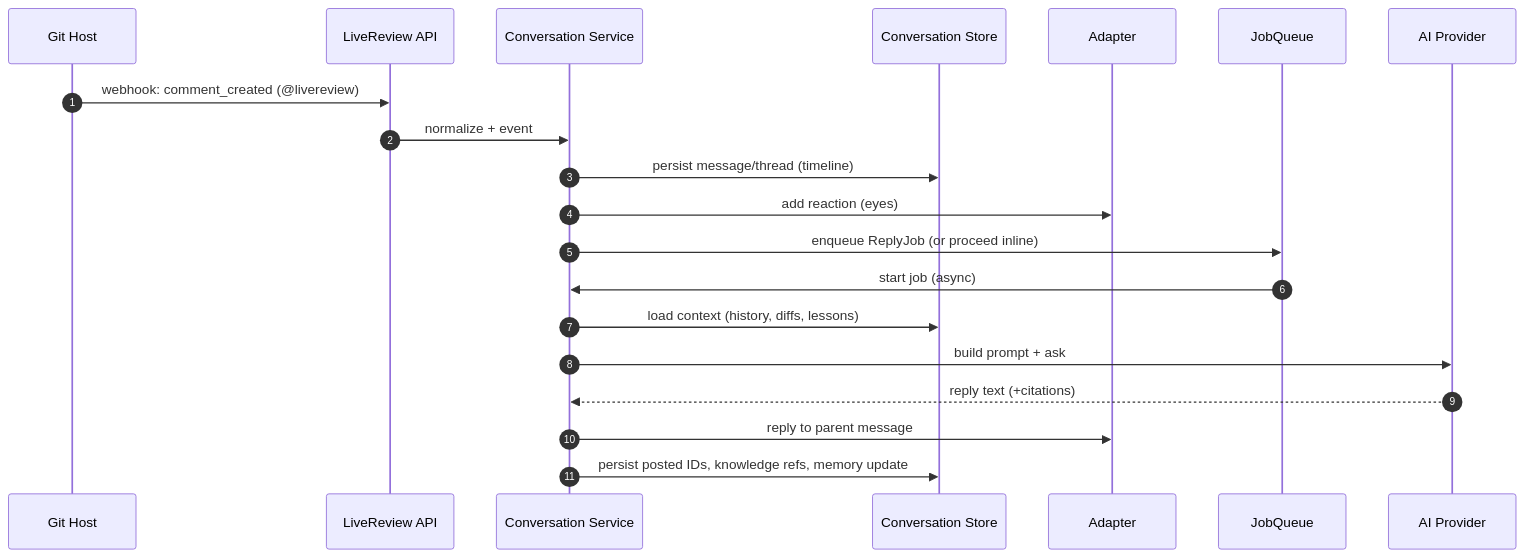
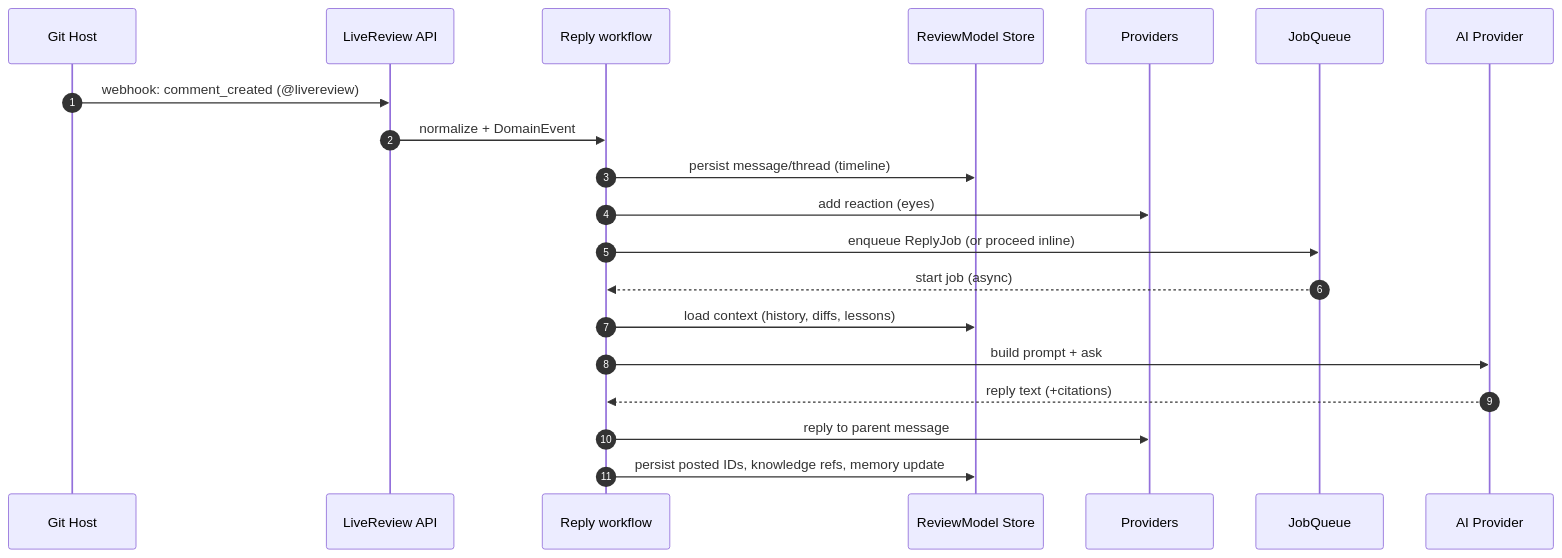
The second of 4 diagrams in docs/mr/reply-capability.md (HexmosTech/LiveReview), drawn with Mermaid before and after one commit. The commit also changed other lines of this file and 5 other files, not shown here.

````diff
--- a/docs/mr/reply-capability.md
+++ b/docs/mr/reply-capability.md
@@ -441,23 +441,23 @@
 ```mermaid
 sequenceDiagram
   autonumber
   participant GH as Git Host
   participant API as LiveReview API
-  participant CS as Conversation Service
-  participant S as Conversation Store
-	participant P as Adapter
+	participant RW as Reply workflow
+	participant RM as ReviewModel Store
+	participant P as Providers
   participant Q as JobQueue
   participant A as AI Provider
 
   GH->>API: webhook: comment_created (@livereview)
-  API->>CS: normalize + event
-  CS->>S: persist message/thread (timeline)
-  CS->>P: add reaction (eyes)
-  CS->>Q: enqueue ReplyJob (or proceed inline)
-  Q->>CS: start job (async)
-  CS->>S: load context (history, diffs, lessons)
-  CS->>A: build prompt + ask
-  A-->>CS: reply text (+citations)
-  CS->>P: reply to parent message
-  CS->>S: persist posted IDs, knowledge refs, memory update
+	API->>RW: normalize + DomainEvent
+	RW->>RM: persist message/thread (timeline)
+	RW->>P: add reaction (eyes)
+	RW->>Q: enqueue ReplyJob (or proceed inline)
+	Q-->>RW: start job (async)
+	RW->>RM: load context (history, diffs, lessons)
+	RW->>A: build prompt + ask
+	A-->>RW: reply text (+citations)
+	RW->>P: reply to parent message
+	RW->>RM: persist posted IDs, knowledge refs, memory update
 ```
````
